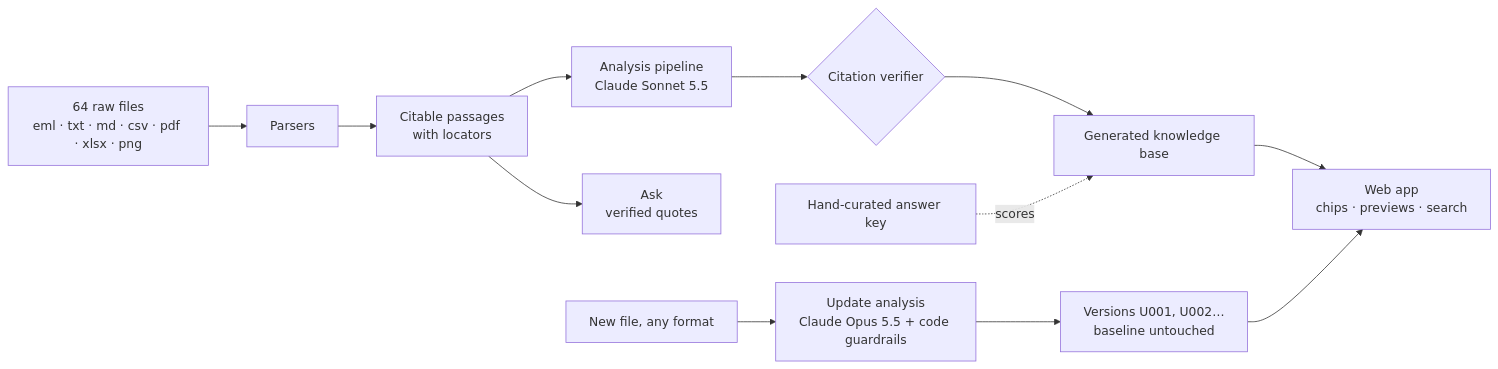
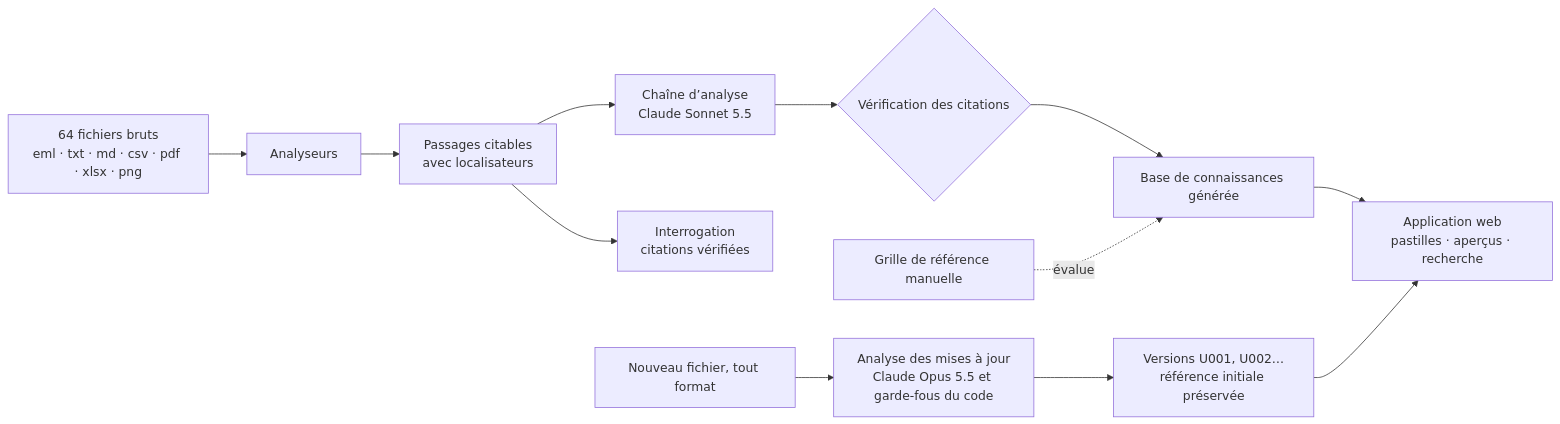
Before and after one commit to Arley100/memory_360_NOVA: the diagram in README.md, drawn with Mermaid. The commit also changed other lines of this file and 101 other files, not shown here.

````diff
--- a/README.md
+++ b/README.md
@@ -96,14 +96,14 @@
 ```mermaid
 flowchart LR
-    A[64 raw files<br/>eml · txt · md · csv · pdf · xlsx · png] --> B[Parsers]
-    B --> C[Citable passages<br/>with locators]
-    C --> D[Analysis pipeline<br/>Claude Sonnet 5.5]
-    D --> E{Citation verifier}
-    E --> F[Generated knowledge base]
-    G[Hand-curated answer key] -.scores.-> F
-    F --> H[Web app<br/>chips · previews · search]
-    C --> I[Ask<br/>verified quotes]
-    J[New file, any format] --> K[Update analysis<br/>Claude Opus 5.5 + code guardrails]
-    K --> L[Versions U001, U002…<br/>baseline untouched]
+    A[64 fichiers bruts<br/>eml · txt · md · csv · pdf · xlsx · png] --> B[Analyseurs]
+    B --> C[Passages citables<br/>avec localisateurs]
+    C --> D[Chaîne d’analyse<br/>Claude Sonnet 5.5]
+    D --> E{Vérification des citations}
+    E --> F[Base de connaissances générée]
+    G[Grille de référence manuelle] -.évalue.-> F
+    F --> H[Application web<br/>pastilles · aperçus · recherche]
+    C --> I[Interrogation<br/>citations vérifiées]
+    J[Nouveau fichier, tout format] --> K[Analyse des mises à jour<br/>Claude Opus 5.5 et garde-fous du code]
+    K --> L[Versions U001, U002…<br/>référence initiale préservée]
     L --> H
 ```
````
